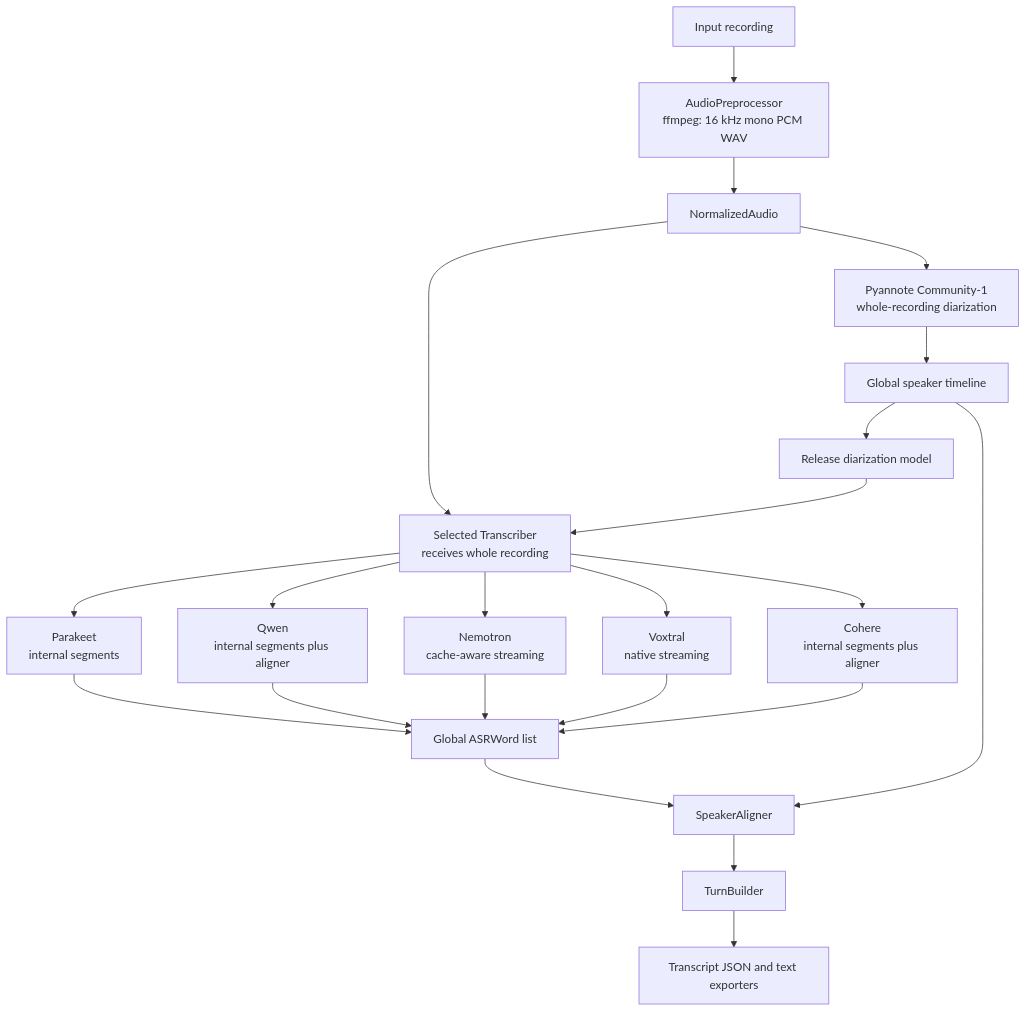
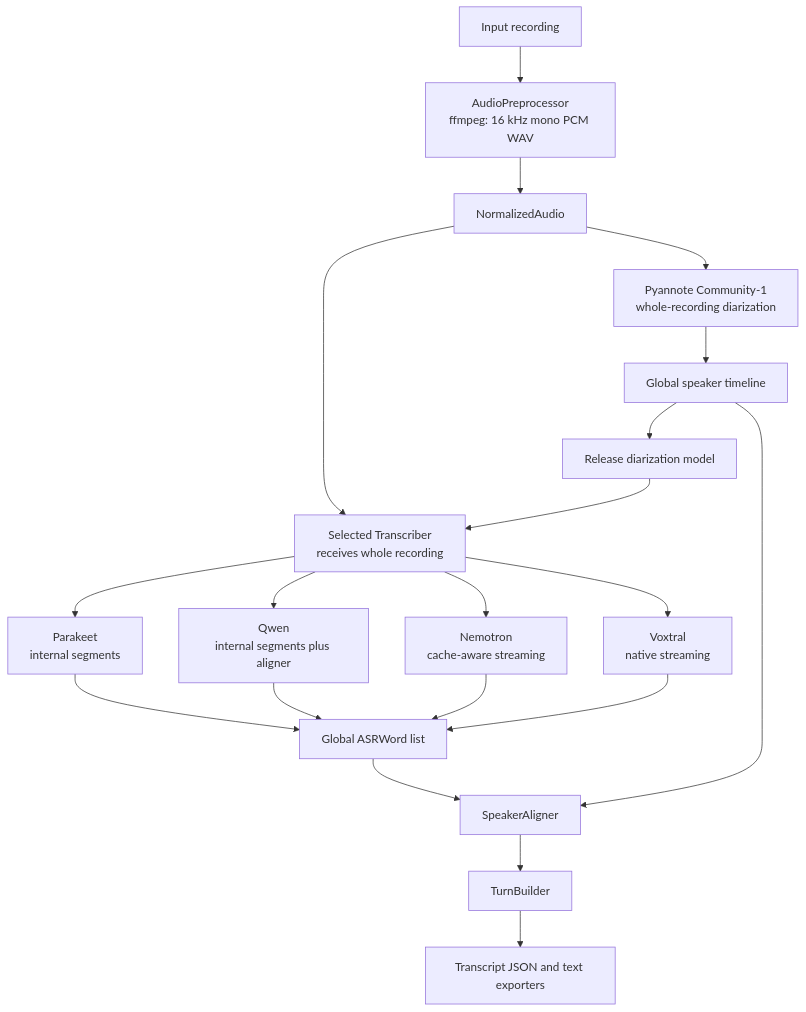
The diagram in README.md (balex42/transcription-pipeline), drawn with Mermaid before and after one commit. The commit also changed other lines of this file and 17 other files, not shown here.

````diff
--- a/README.md
+++ b/README.md
@@ -7,24 +7,22 @@
 ```mermaid
 flowchart TD
     input[Input recording] --> normalize[AudioPreprocessor\nffmpeg: 16 kHz mono PCM WAV]
     normalize --> audio[NormalizedAudio]
     audio --> diarize[Pyannote Community-1\nwhole-recording diarization]
     diarize --> timeline[Global speaker timeline]
     timeline --> release[Release diarization model]
     audio --> transcriber[Selected Transcriber\nreceives whole recording]
     release --> transcriber
     transcriber --> parakeet[Parakeet\ninternal segments]
     transcriber --> qwen[Qwen\ninternal segments plus aligner]
     transcriber --> nemotron[Nemotron\ncache-aware streaming]
     transcriber --> voxtral[Voxtral\nnative streaming]
-    transcriber --> cohere[Cohere\ninternal segments plus aligner]
     parakeet --> words[Global ASRWord list]
     qwen --> words
     nemotron --> words
     voxtral --> words
-    cohere --> words
     words --> align[SpeakerAligner]
     timeline --> align
     align --> turns[TurnBuilder]
     turns --> export[Transcript JSON and text exporters]
 ```
````
